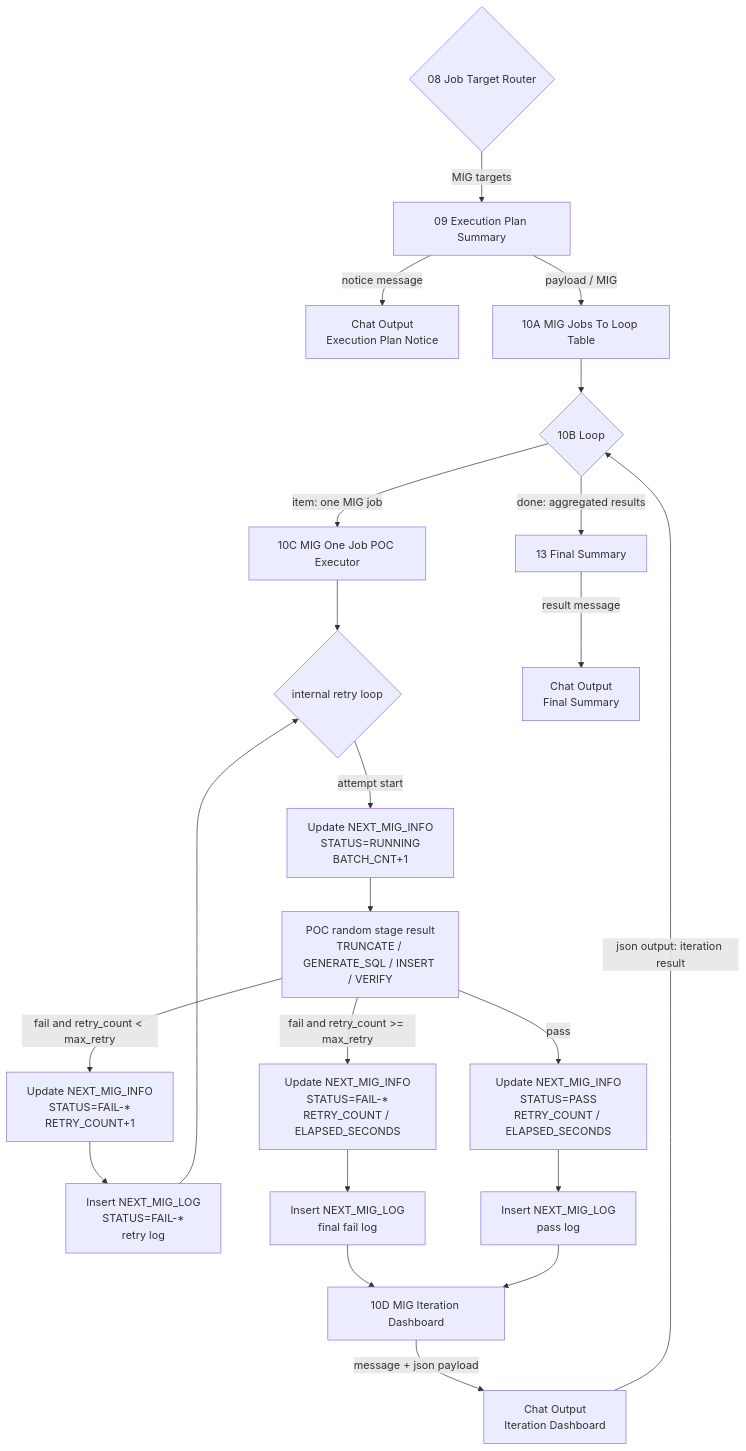
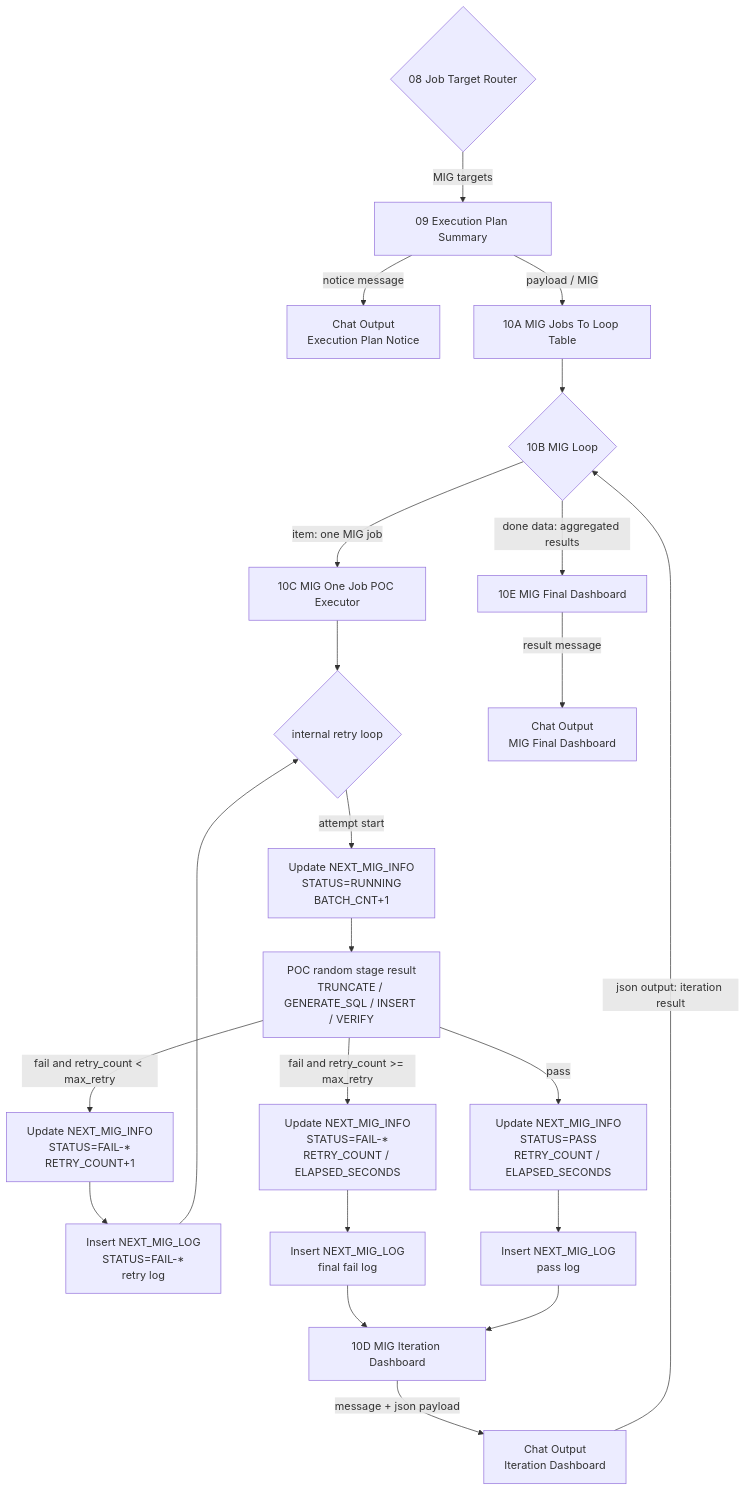
One commit to seongikjin227-jpg/refactoring_smartMigrate changed the second of 2 diagrams in langflow_260819_newType/00_architecture.md. Above: the diagram before and after it, drawn with Mermaid. The commit also changed other lines of this file and 11 other files, not shown here.

````diff
--- a/langflow_260819_newType/00_architecture.md
+++ b/langflow_260819_newType/00_architecture.md
@@ -147,32 +149,32 @@
 ```mermaid
 flowchart TD
     H{"08 Job Target Router"} -->|MIG targets| P["09 Execution Plan Summary"]
     P -->|notice message| OUT_NOTICE["Chat Output<br/>Execution Plan Notice"]
     P -->|payload / MIG| MT["10A MIG Jobs To Loop Table"]
 
-    MT --> L{"10B Loop"}
+    MT --> L{"10B MIG Loop"}
 
     L -->|item: one MIG job| W["10C MIG One Job POC Executor"]
     W --> R{"internal retry loop"}
 
     R -->|attempt start| U1["Update NEXT_MIG_INFO<br/>STATUS=RUNNING<br/>BATCH_CNT+1"]
     U1 --> X["POC random stage result<br/>TRUNCATE / GENERATE_SQL / INSERT / VERIFY"]
     X -->|fail and retry_count < max_retry| U2["Update NEXT_MIG_INFO<br/>STATUS=FAIL-*<br/>RETRY_COUNT+1"]
     U2 --> LOGR["Insert NEXT_MIG_LOG<br/>STATUS=FAIL-*<br/>retry log"]
     LOGR --> R
 
     X -->|fail and retry_count >= max_retry| U3["Update NEXT_MIG_INFO<br/>STATUS=FAIL-*<br/>RETRY_COUNT / ELAPSED_SECONDS"]
     X -->|pass| U4["Update NEXT_MIG_INFO<br/>STATUS=PASS<br/>RETRY_COUNT / ELAPSED_SECONDS"]
 
     U3 --> LOGF["Insert NEXT_MIG_LOG<br/>final fail log"]
     U4 --> LOGP["Insert NEXT_MIG_LOG<br/>pass log"]
 
     LOGF --> D["10D MIG Iteration Dashboard"]
     LOGP --> D
 
     D -->|message + json payload| OUT_ITER["Chat Output<br/>Iteration Dashboard"]
     OUT_ITER -->|json output: iteration result| L
 
-    L -->|done: aggregated results| S["13 Final Summary"]
-    S -->|result message| OUT_FINAL["Chat Output<br/>Final Summary"]
+    L -->|done data: aggregated results| S["10E MIG Final Dashboard"]
+    S -->|result message| OUT_FINAL["Chat Output<br/>MIG Final Dashboard"]
 ```
````
